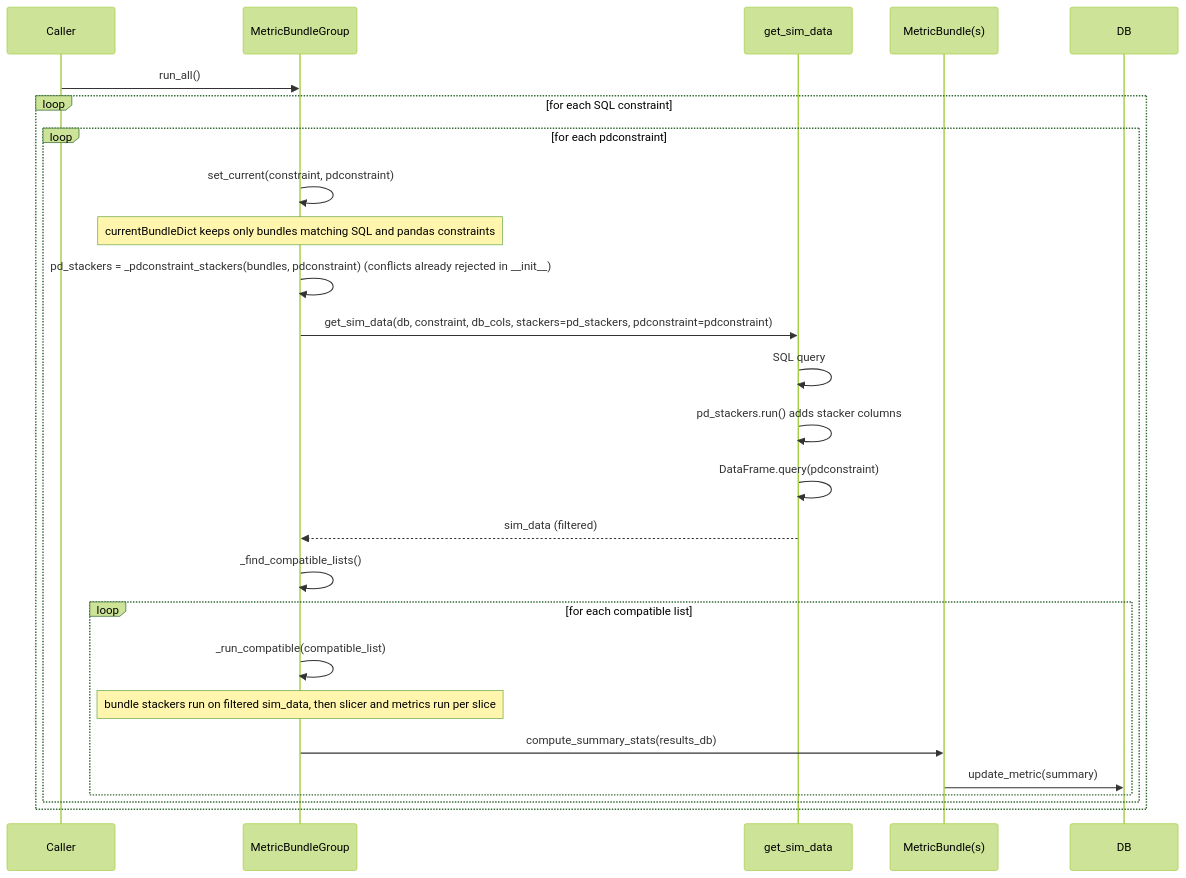
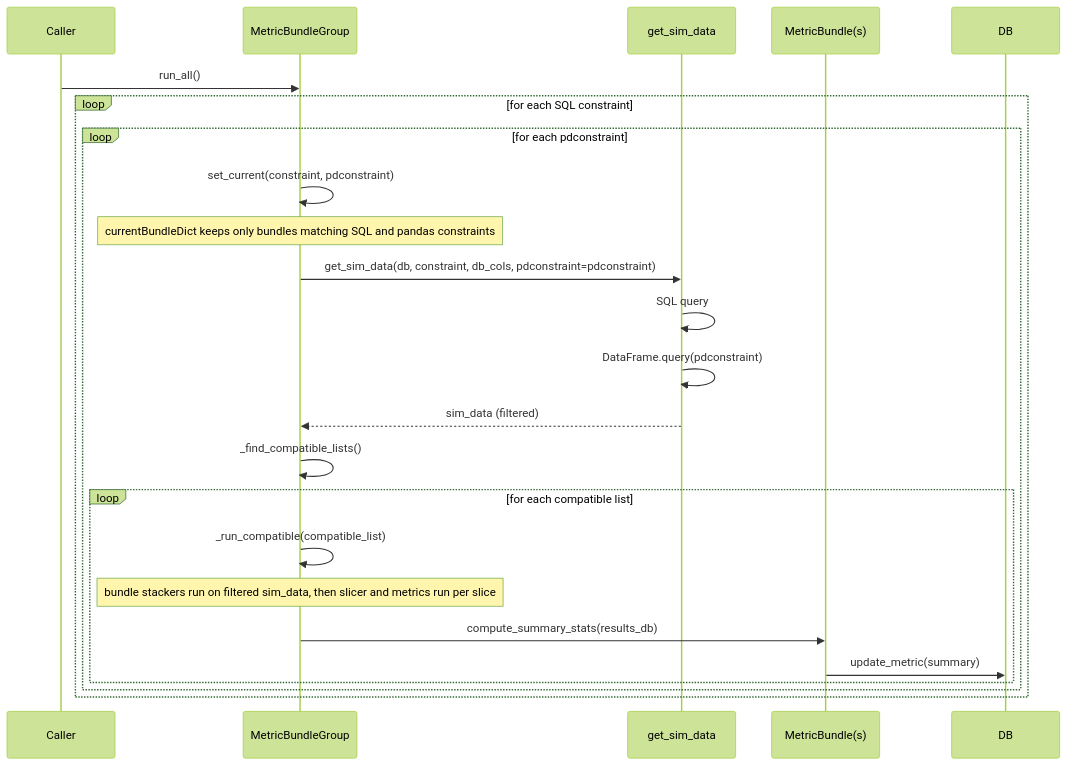
The third of 3 diagrams in docs/issues/SP-3142.md (jeremykubica/rubin_sim), drawn with Mermaid (forest theme) before and after one commit. The commit also changed other lines of this file, not shown here.

````diff
--- a/docs/issues/SP-3142.md
+++ b/docs/issues/SP-3142.md
@@ -610,28 +619,26 @@
 ```mermaid
 sequenceDiagram
     participant C as Caller
     participant G as MetricBundleGroup
     participant GS as get_sim_data
     participant B as MetricBundle(s)
 
     C->>G: run_all()
     loop for each SQL constraint
         loop for each pdconstraint
             G->>G: set_current(constraint, pdconstraint)
             Note over G: currentBundleDict keeps only bundles matching SQL and pandas constraints
-            G->>G: pd_stackers = _pdconstraint_stackers(bundles, pdconstraint) (conflicts already rejected in __init__)
-            G->>GS: get_sim_data(db, constraint, db_cols, stackers=pd_stackers, pdconstraint=pdconstraint)
+            G->>GS: get_sim_data(db, constraint, db_cols, pdconstraint=pdconstraint)
             GS->>GS: SQL query
-            GS->>GS: pd_stackers.run() adds stacker columns
             GS->>GS: DataFrame.query(pdconstraint)
             GS-->>G: sim_data (filtered)
             G->>G: _find_compatible_lists()
             loop for each compatible list
                 G->>G: _run_compatible(compatible_list)
                 Note over G: bundle stackers run on filtered sim_data, then slicer and metrics run per slice
                 G->>B: compute_summary_stats(results_db)
                 B->>DB: update_metric(summary)
             end
         end
     end
 ```
````
